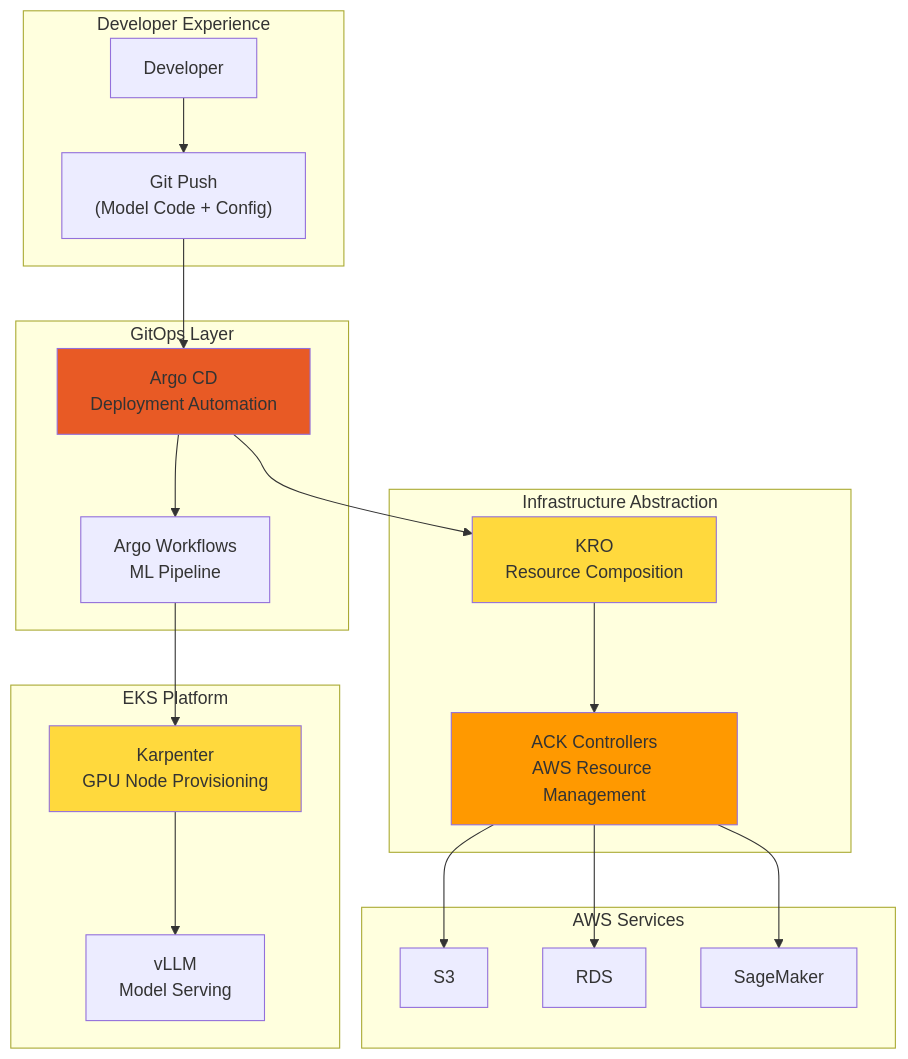
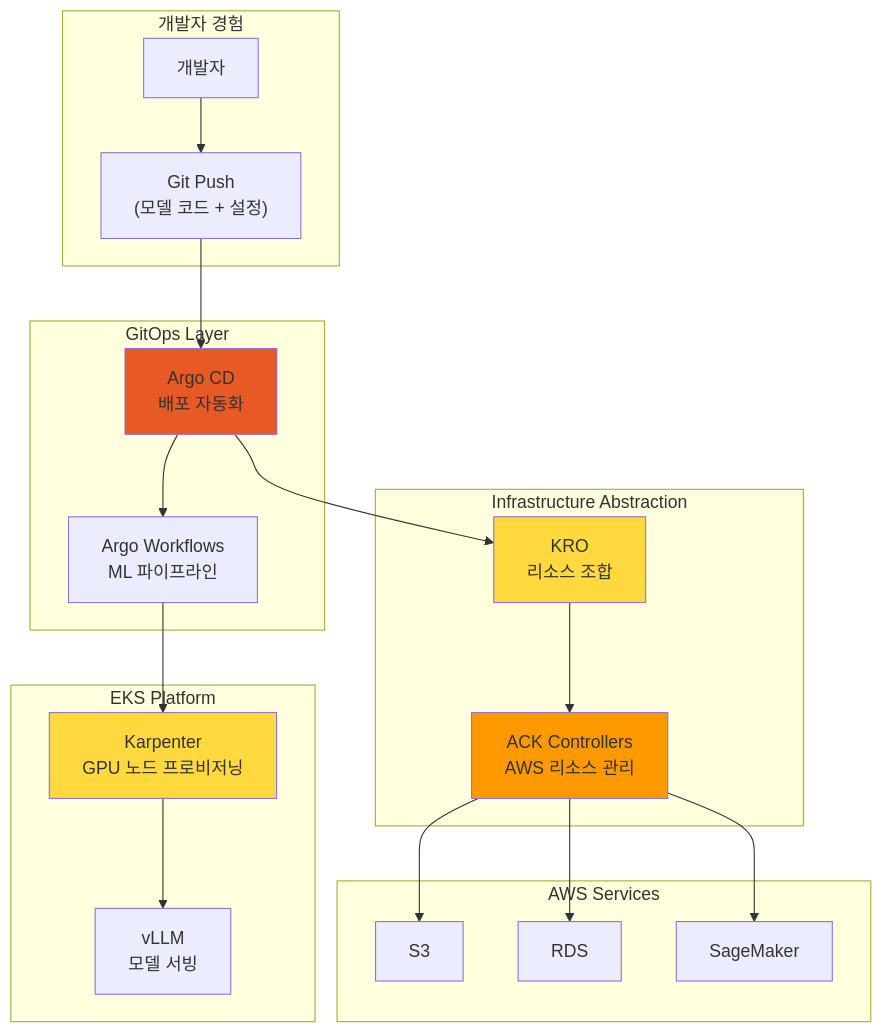
The tenth of 11 diagrams in i18n/en/docusaurus-plugin-content-docs/current/agentic-ai-platform/design-architecture/agentic-ai-solutions-eks.md (devfloor9/engineering-playbook), drawn with Mermaid before and after one commit. The commit also changed other lines of this file and 6 other files, not shown here.

````diff
--- a/i18n/en/docusaurus-plugin-content-docs/current/agentic-ai-platform/design-architecture/agentic-ai-solutions-eks.md
+++ b/i18n/en/docusaurus-plugin-content-docs/current/agentic-ai-platform/design-architecture/agentic-ai-solutions-eks.md
@@ -638,41 +577,41 @@
 ```mermaid
 graph TB
-    subgraph "Developer Experience"
-        DEV["Developer"]
-        GIT["Git Push<br/>(Model Code + Config)"]
+    subgraph "개발자 경험"
+        DEV["개발자"]
+        GIT["Git Push<br/>(모델 코드 + 설정)"]
     end
 
     subgraph "GitOps Layer"
-        ARGOCD["Argo CD<br/>Deployment Automation"]
-        ARGOWF["Argo Workflows<br/>ML Pipeline"]
+        ARGOCD["Argo CD<br/>배포 자동화"]
+        ARGOWF["Argo Workflows<br/>ML 파이프라인"]
     end
 
     subgraph "Infrastructure Abstraction"
-        KRO["KRO<br/>Resource Composition"]
-        ACK["ACK Controllers<br/>AWS Resource Management"]
+        KRO["KRO<br/>리소스 조합"]
+        ACK["ACK Controllers<br/>AWS 리소스 관리"]
     end
 
     subgraph "EKS Platform"
-        KARP["Karpenter<br/>GPU Node Provisioning"]
-        VLLM["vLLM<br/>Model Serving"]
+        KARP["Karpenter<br/>GPU 노드 프로비저닝"]
+        VLLM["vLLM<br/>모델 서빙"]
     end
 
     subgraph "AWS Services"
         S3["S3"]
         RDS["RDS"]
         SM["SageMaker"]
     end
 
     DEV --> GIT --> ARGOCD
     ARGOCD --> ARGOWF
     ARGOCD --> KRO
     KRO --> ACK
     ACK --> S3 & RDS & SM
     ARGOWF --> KARP
     KARP --> VLLM
 
     style ARGOCD fill:#e85a25
     style KRO fill:#ffd93d
     style ACK fill:#ff9900
     style KARP fill:#ffd93d
 ```
````
